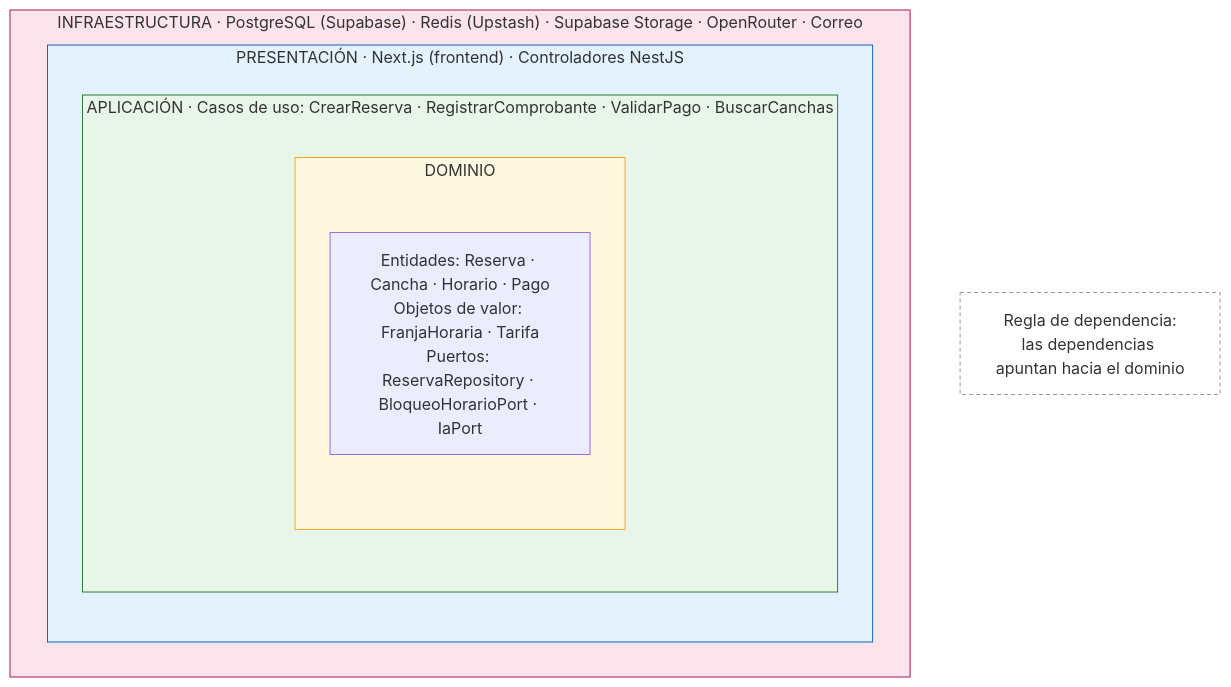
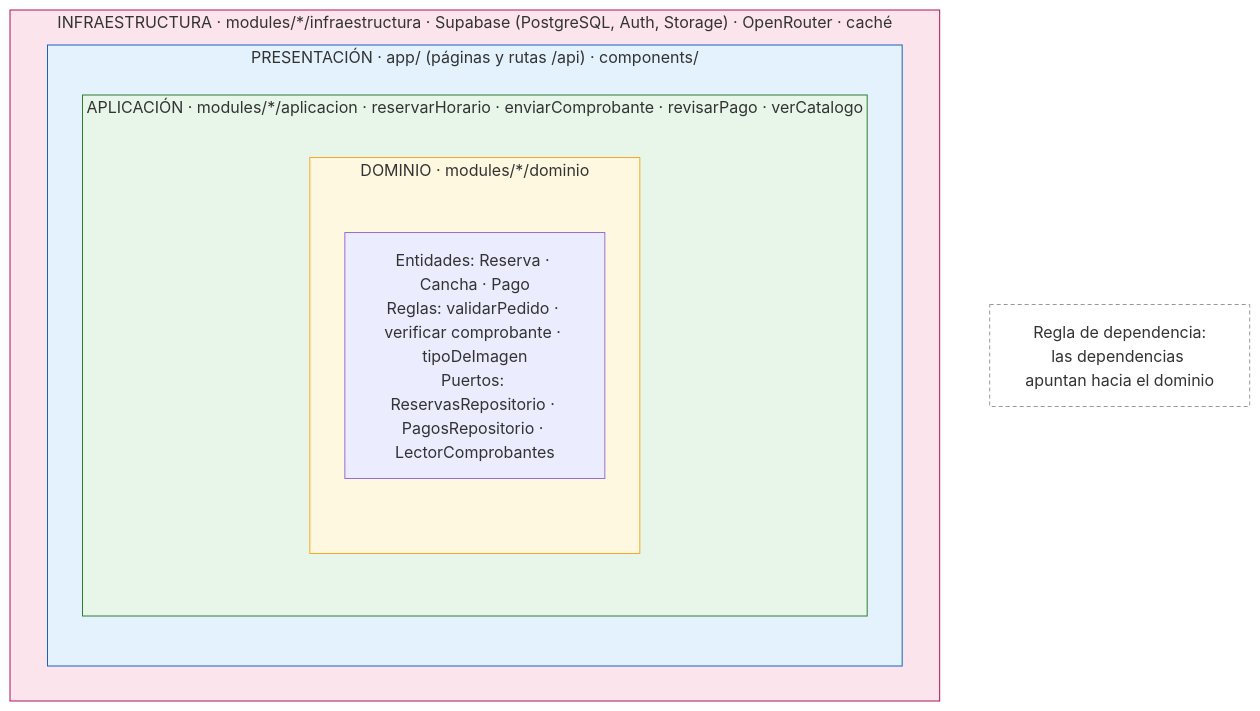
Before and after one commit to edhtsprado27-bit/ReservaYa-Ayacucho: the diagram in img/fuentes-svg/ArquitecturalimpiadeReservaYaWeb.mmd, drawn with Mermaid. The commit also changed 18 other files, not shown here.

```diff
--- a/img/fuentes-svg/ArquitecturalimpiadeReservaYaWeb.mmd
+++ b/img/fuentes-svg/ArquitecturalimpiadeReservaYaWeb.mmd
@@ -1,17 +1,17 @@
 flowchart TB
-    subgraph infra["INFRAESTRUCTURA · PostgreSQL (Supabase) · Redis (Upstash) · Supabase Storage · OpenRouter · Correo"]
-        subgraph pres["PRESENTACIÓN · Next.js (frontend) · Controladores NestJS"]
-            subgraph app["APLICACIÓN · Casos de uso: CrearReserva · RegistrarComprobante · ValidarPago · BuscarCanchas"]
-                subgraph dom["DOMINIO"]
-                    d["Entidades: Reserva · Cancha · Horario · Pago<br/>Objetos de valor: FranjaHoraria · Tarifa<br/>Puertos: ReservaRepository · BloqueoHorarioPort · IaPort"]
+    subgraph infra["INFRAESTRUCTURA · modules/*/infraestructura · Supabase (PostgreSQL, Auth, Storage) · OpenRouter · caché"]
+        subgraph pres["PRESENTACIÓN · app/ (páginas y rutas /api) · components/"]
+            subgraph app["APLICACIÓN · modules/*/aplicacion · reservarHorario · enviarComprobante · revisarPago · verCatalogo"]
+                subgraph dom["DOMINIO · modules/*/dominio"]
+                    d["Entidades: Reserva · Cancha · Pago<br/>Reglas: validarPedido · verificar comprobante · tipoDeImagen<br/>Puertos: ReservasRepositorio · PagosRepositorio · LectorComprobantes"]
                 end
             end
         end
     end
     regla["Regla de dependencia:<br/>las dependencias apuntan hacia el dominio"]
 
     style infra fill:#fce4ec,stroke:#ad1457
     style pres fill:#e3f2fd,stroke:#1565c0
     style app fill:#e8f5e9,stroke:#2e7d32
     style dom fill:#fff8e1,stroke:#f9a825
     style regla fill:#fff,stroke:#999,stroke-dasharray:4 3
```
